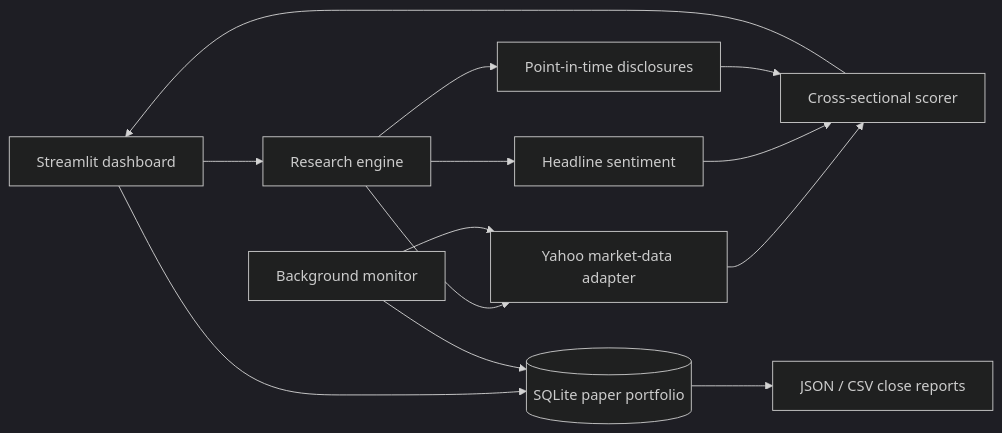
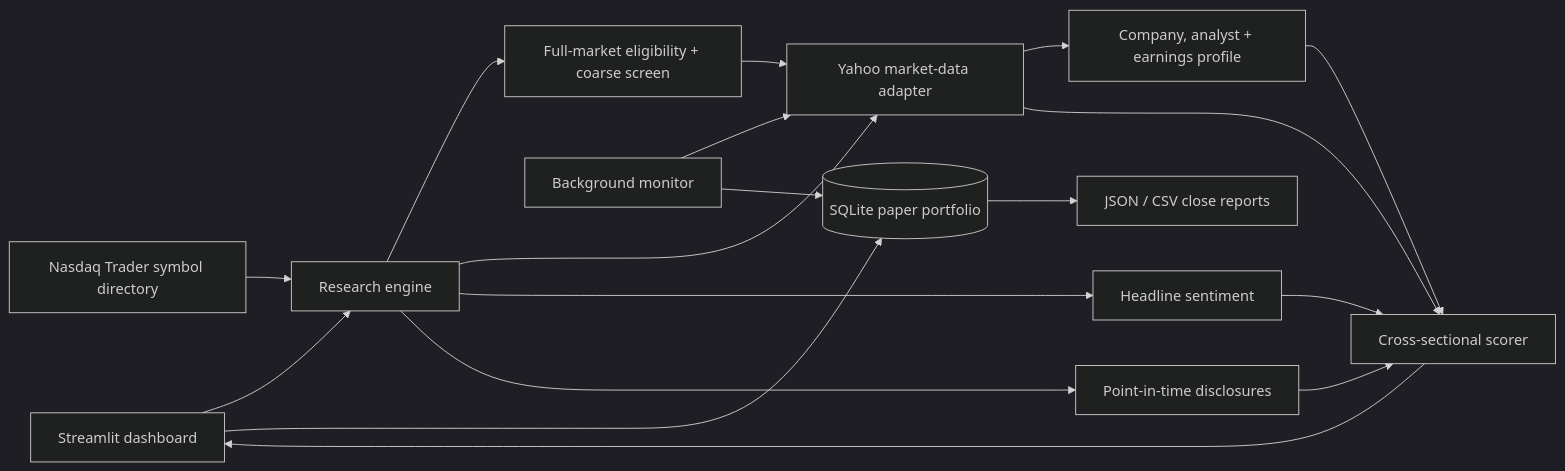
One commit to tiraaamisuuu/Stocks changed the diagram in README.md. Above: the diagram before and after it, drawn with Mermaid (dark theme). The commit also changed other lines of this file and 4 other files, not shown here.

````diff
--- a/README.md
+++ b/README.md
@@ -26,15 +30,20 @@
 ```mermaid
 flowchart LR
     UI["Streamlit dashboard"] --> RE["Research engine"]
+    DIR["Nasdaq Trader symbol directory"] --> RE
+    RE --> PRE["Full-market eligibility + coarse screen"]
+    PRE --> MD
     RE --> MD["Yahoo market-data adapter"]
     RE --> NS["Headline sentiment"]
     RE --> PT["Point-in-time disclosures"]
+    MD --> FP["Company, analyst + earnings profile"]
     MD --> SC["Cross-sectional scorer"]
+    FP --> SC
     NS --> SC
     PT --> SC
     SC --> UI
     UI --> DB[("SQLite paper portfolio")]
     MON["Background monitor"] --> MD
     MON --> DB
     DB --> REP["JSON / CSV close reports"]
 ```
````
